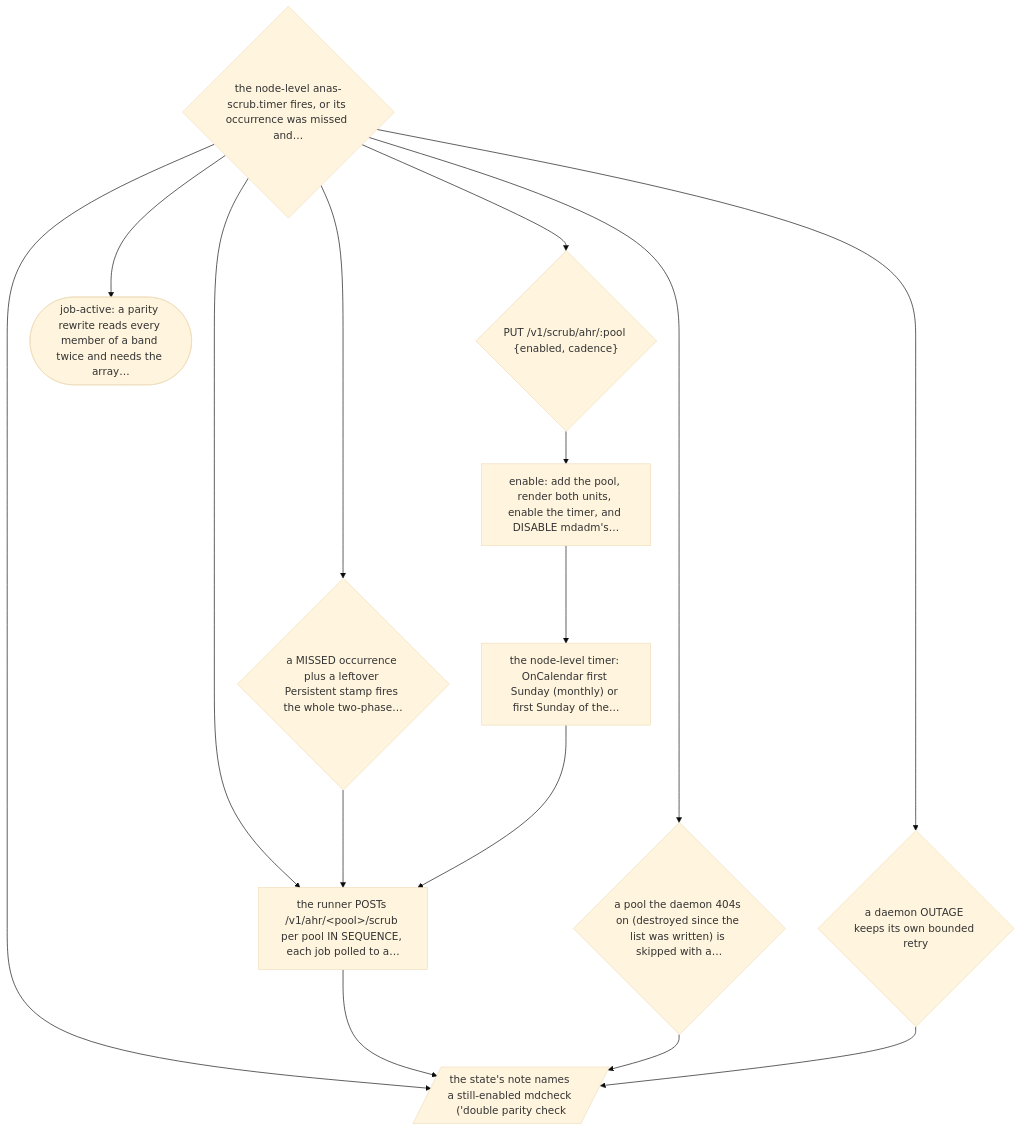
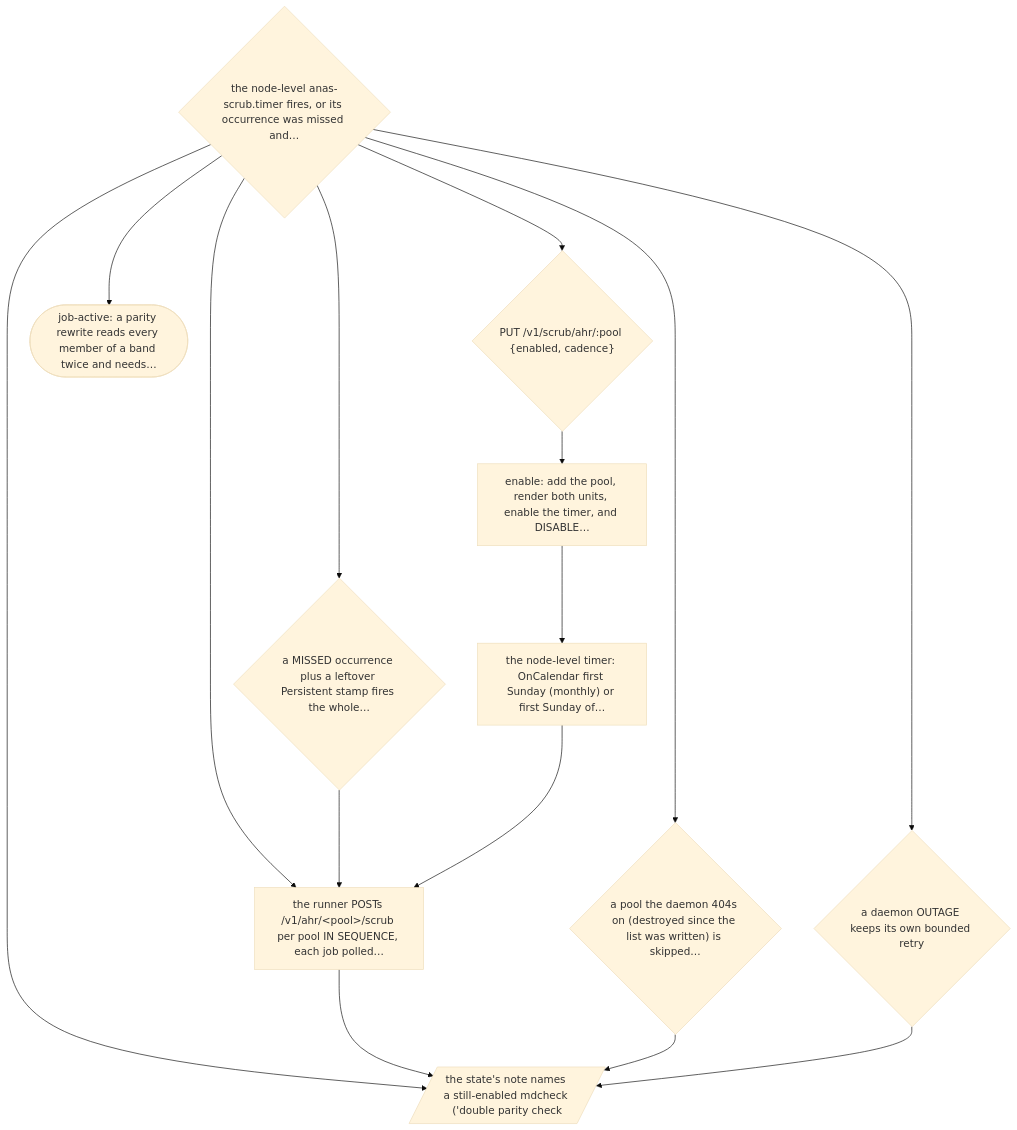
One commit to devn-ch/anas changed diagram 20 of 24 in docs/AHR-SELF-HEAL-DECISION-TREE.md. Above: the diagram before and after it, drawn with Mermaid (base theme). The commit also changed other lines of this file and 22 other files, not shown here.

````diff
--- a/docs/AHR-SELF-HEAL-DECISION-TREE.md
+++ b/docs/AHR-SELF-HEAL-DECISION-TREE.md
@@ -1613,27 +1729,27 @@
 ```mermaid
 flowchart TD
   X20{"the node-level anas-scrub.timer fires, or its occurrence was missed and…"}
   T00{"PUT /v1/scrub/ahr/:pool {enabled, cadence}"}
-  T04{"a MISSED occurrence plus a leftover Persistent stamp fires the whole two-phase…"}
-  T05["the runner POSTs /v1/ahr/&lt;pool&gt;/scrub per pool IN SEQUENCE, each job polled to a…"]
-  T06{"a pool the daemon 404s on (destroyed since the list was written) is skipped with a…"}
+  T04{"a MISSED occurrence plus a leftover Persistent stamp fires the whole…"}
+  T05["the runner POSTs /v1/ahr/&lt;pool&gt;/scrub per pool IN SEQUENCE, each job polled…"]
+  T06{"a pool the daemon 404s on (destroyed since the list was written) is skipped…"}
   T08{"a daemon OUTAGE keeps its own bounded retry"}
   T13[/"the state's note names a still-enabled mdcheck ('double parity check"/]
-  P02a(["job-active: a parity rewrite reads every member of a band twice and needs the array…"])
-  T02["enable: add the pool, render both units, enable the timer, and DISABLE mdadm's…"]
-  T03["the node-level timer: OnCalendar first Sunday (monthly) or first Sunday of the…"]
+  P02a(["job-active: a parity rewrite reads every member of a band twice and needs…"])
+  T02["enable: add the pool, render both units, enable the timer, and DISABLE…"]
+  T03["the node-level timer: OnCalendar first Sunday (monthly) or first Sunday of…"]
   X20 --> T00
   X20 --> T04
   X20 --> T05
   X20 --> T06
   X20 --> T08
   X20 --> T13
   X20 --> P02a
   T00 --> T02
   T04 --> T05
   T05 --> T13
   T06 --> T13
   T08 --> T13
   T02 --> T03
   T03 --> T05
 ```
````
